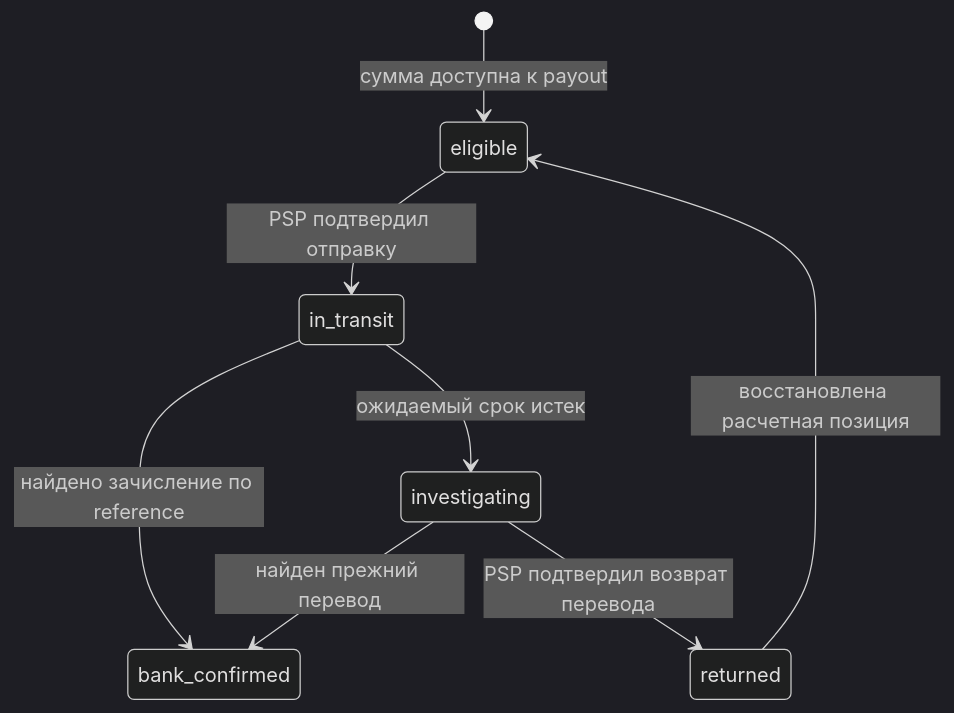
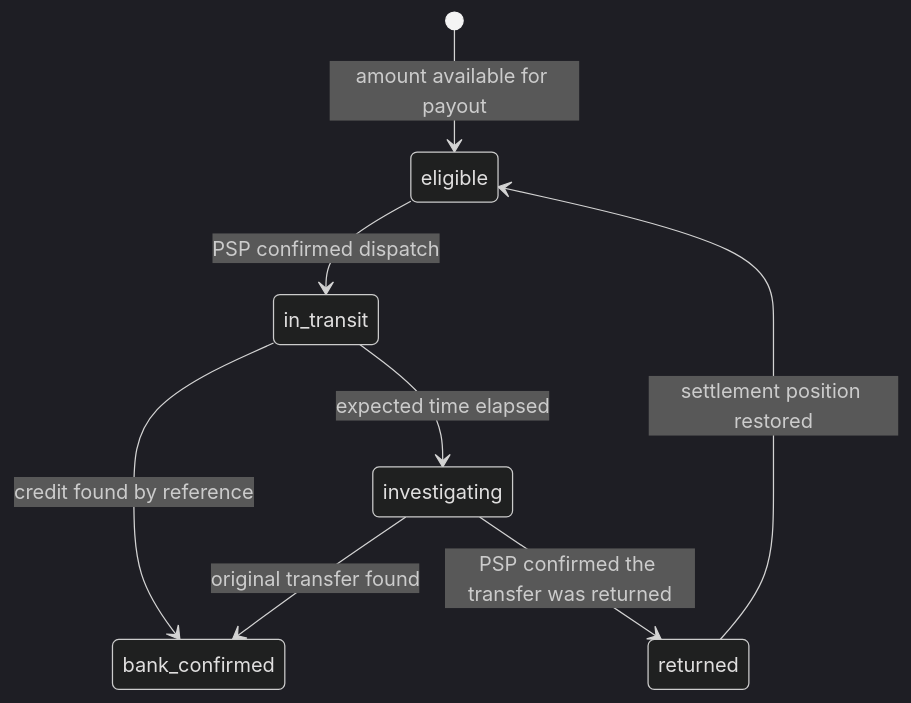
The second of 2 diagrams in Textbook/08-Integrations-and-reliability/README.md (nuanu-ai/fintech-textbook-2026), drawn with Mermaid (dark theme) before and after one commit. The commit also changed other lines of this file and 78 other files, not shown here.

````diff
--- a/Textbook/08-Integrations-and-reliability/README.md
+++ b/Textbook/08-Integrations-and-reliability/README.md
@@ -292,10 +292,10 @@
 ```mermaid
 stateDiagram-v2
-  [*] --> eligible: сумма доступна к payout
-  eligible --> in_transit: PSP подтвердил отправку
-  in_transit --> bank_confirmed: найдено зачисление по reference
-  in_transit --> investigating: ожидаемый срок истек
-  investigating --> bank_confirmed: найден прежний перевод
-  investigating --> returned: PSP подтвердил возврат перевода
-  returned --> eligible: восстановлена расчетная позиция
+  [*] --> eligible: amount available for payout
+  eligible --> in_transit: PSP confirmed dispatch
+  in_transit --> bank_confirmed: credit found by reference
+  in_transit --> investigating: expected time elapsed
+  investigating --> bank_confirmed: original transfer found
+  investigating --> returned: PSP confirmed the transfer was returned
+  returned --> eligible: settlement position restored
 ```
````
